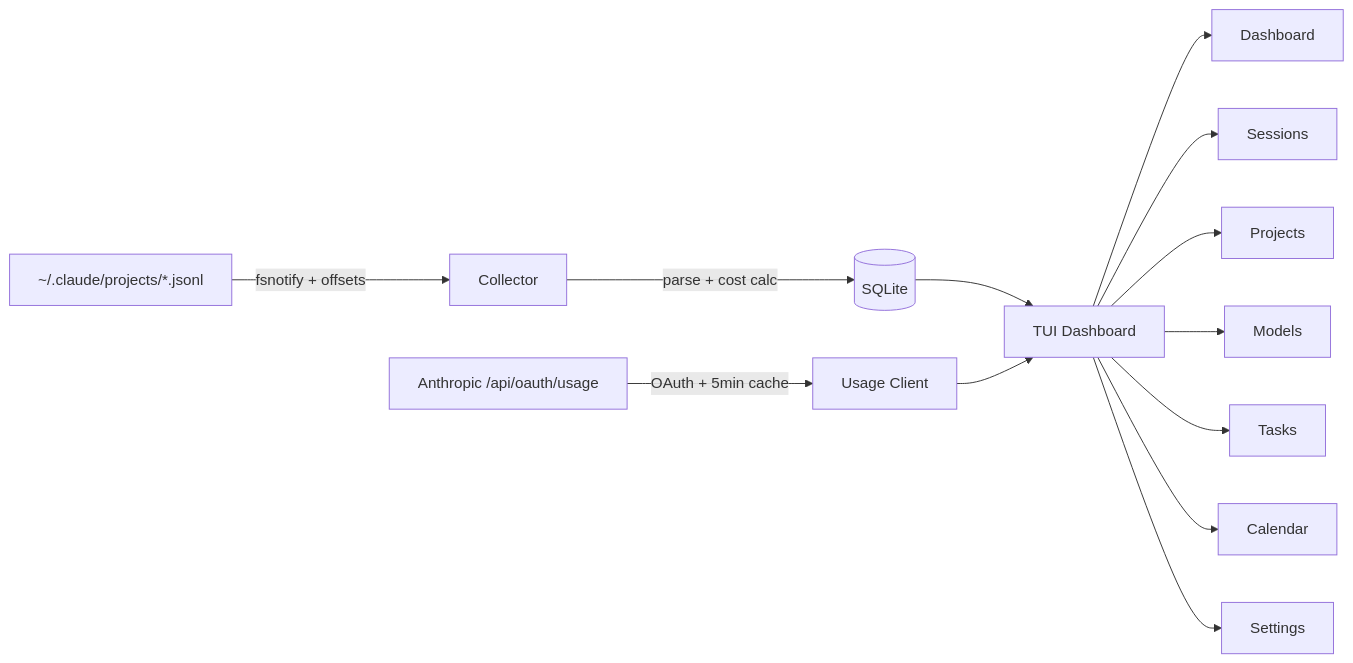
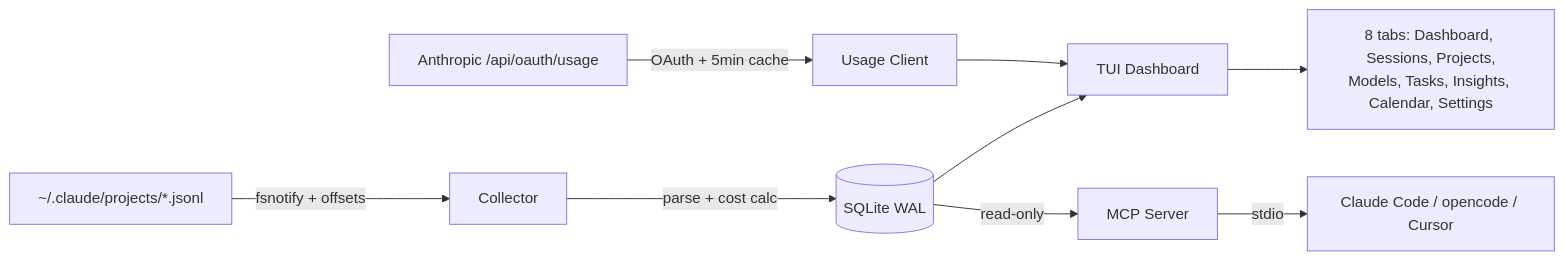
Before and after one commit to FullFran/claudeops-tui: the first of 4 diagrams in README.md, drawn with Mermaid. The commit also changed other lines of this file, not shown here.

First line of the commit message:
docs: add MCP server and insights documentation to README (#14)

````diff
--- a/README.md
+++ b/README.md
@@ -20,15 +22,11 @@
 ```mermaid
 graph LR
     A["~/.claude/projects/*.jsonl"] -->|fsnotify + offsets| B[Collector]
-    B -->|parse + cost calc| C[(SQLite)]
+    B -->|parse + cost calc| C[(SQLite WAL)]
     D["Anthropic /api/oauth/usage"] -->|OAuth + 5min cache| E[Usage Client]
     C --> F[TUI Dashboard]
     E --> F
-    F --> G[Dashboard]
-    F --> H[Sessions]
-    F --> I[Projects]
-    F --> J[Models]
-    F --> K[Tasks]
-    F --> L[Calendar]
-    F --> M[Settings]
+    C -->|read-only| G[MCP Server]
+    G -->|stdio| H[Claude Code / opencode / Cursor]
+    F --> I["8 tabs: Dashboard, Sessions, Projects,\nModels, Tasks, Insights, Calendar, Settings"]
 ```
````
